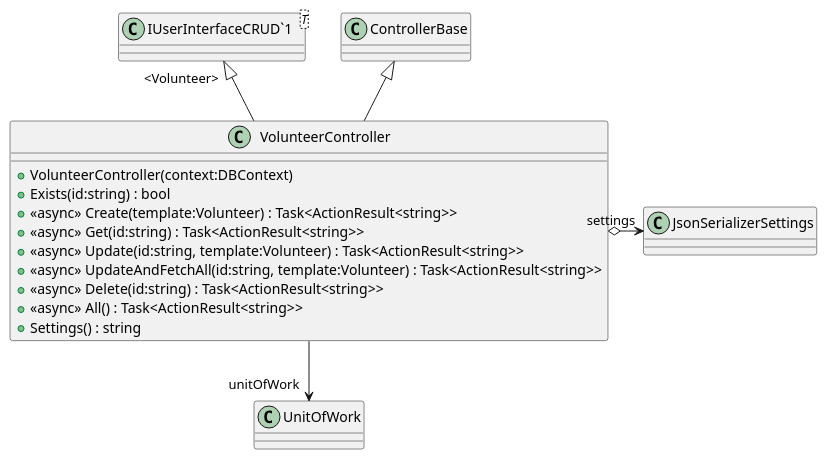
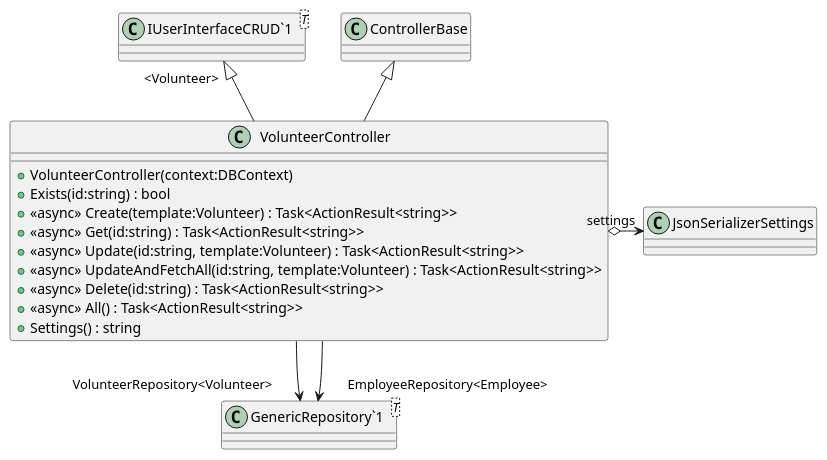
Before and after one commit to timothxy/ICT2106_P3_Project: the diagram in YouthActionDotNet/UML/Controllers/VolunteerController.puml, drawn with PlantUML. The commit also changed 18 other files, not shown here.

```diff
--- a/YouthActionDotNet/UML/Controllers/VolunteerController.puml
+++ b/YouthActionDotNet/UML/Controllers/VolunteerController.puml
@@ -1,19 +1,22 @@
 @startuml
 class VolunteerController {
     + VolunteerController(context:DBContext)
     + Exists(id:string) : bool
     + <<async>> Create(template:Volunteer) : Task<ActionResult<string>>
     + <<async>> Get(id:string) : Task<ActionResult<string>>
     + <<async>> Update(id:string, template:Volunteer) : Task<ActionResult<string>>
     + <<async>> UpdateAndFetchAll(id:string, template:Volunteer) : Task<ActionResult<string>>
     + <<async>> Delete(id:string) : Task<ActionResult<string>>
     + <<async>> All() : Task<ActionResult<string>>
     + Settings() : string
 }
 class "IUserInterfaceCRUD`1"<T> {
 }
+class "GenericRepository`1"<T> {
+}
 ControllerBase <|-- VolunteerController
 "IUserInterfaceCRUD`1" "<Volunteer>" <|-- VolunteerController
-VolunteerController --> "unitOfWork" UnitOfWork
+VolunteerController --> "VolunteerRepository<Volunteer>" "GenericRepository`1"
+VolunteerController --> "EmployeeRepository<Employee>" "GenericRepository`1"
 VolunteerController o-> "settings" JsonSerializerSettings
 @enduml
```
